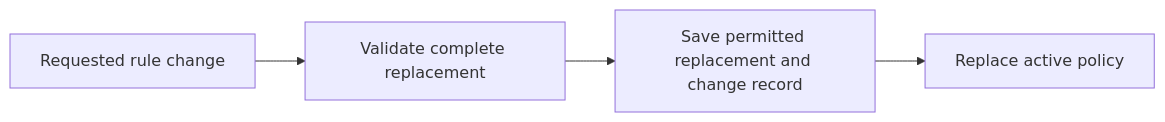
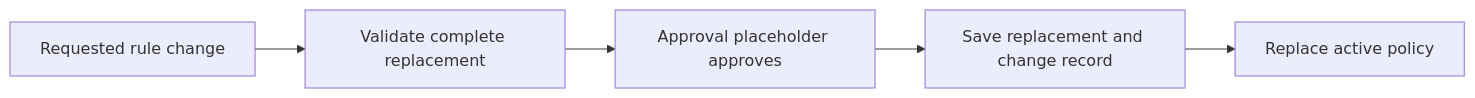
One commit to social-harness/moltzap changed the second of 2 diagrams in packages/social-harness/src/firewall/README.md. Above: the diagram before and after it, drawn with Mermaid. The commit also changed other lines of this file and 2 other files, not shown here.

Commit message:
docs: record approved firewall and history reductions

````diff
--- a/packages/social-harness/src/firewall/README.md
+++ b/packages/social-harness/src/firewall/README.md
@@ -41,6 +40,7 @@
 ```mermaid
 flowchart LR
   A[Requested rule change] --> B[Validate complete replacement]
-  B --> C[Save permitted replacement and change record]
-  C --> D[Replace active policy]
+  B --> C[Approval placeholder approves]
+  C --> D[Save replacement and change record]
+  D --> E[Replace active policy]
 ```
````
